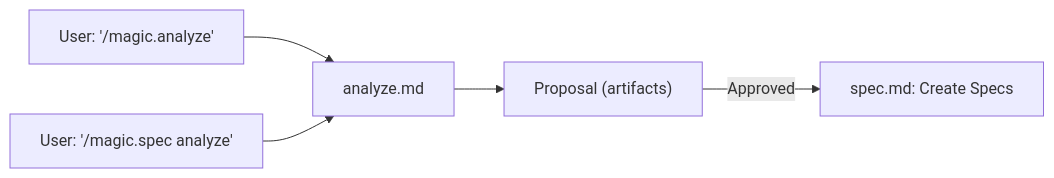
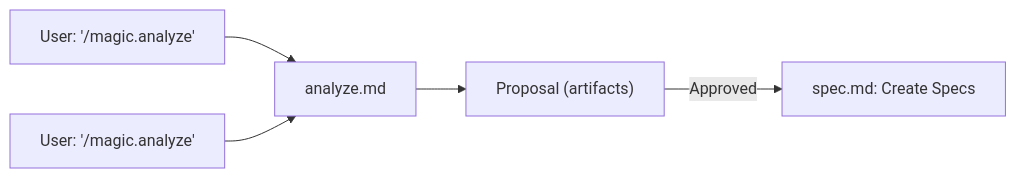
Before and after one commit to teratron/magic-spec: the diagram in docs/analyze.md, drawn with Mermaid. The commit also changed other lines of this file and 8 other files, not shown here.

````diff
--- a/docs/analyze.md
+++ b/docs/analyze.md
@@ -20,7 +20,7 @@
 ```mermaid
 graph LR
     A["User: '/magic.analyze'"] --> C["analyze.md"]
-    B["User: '/magic.spec analyze'"] --> C
+    B["User: '/magic.analyze'"] --> C
     C --> D["Proposal (artifacts)"]
     D -->|Approved| E["spec.md: Create Specs"]
 ```
````
